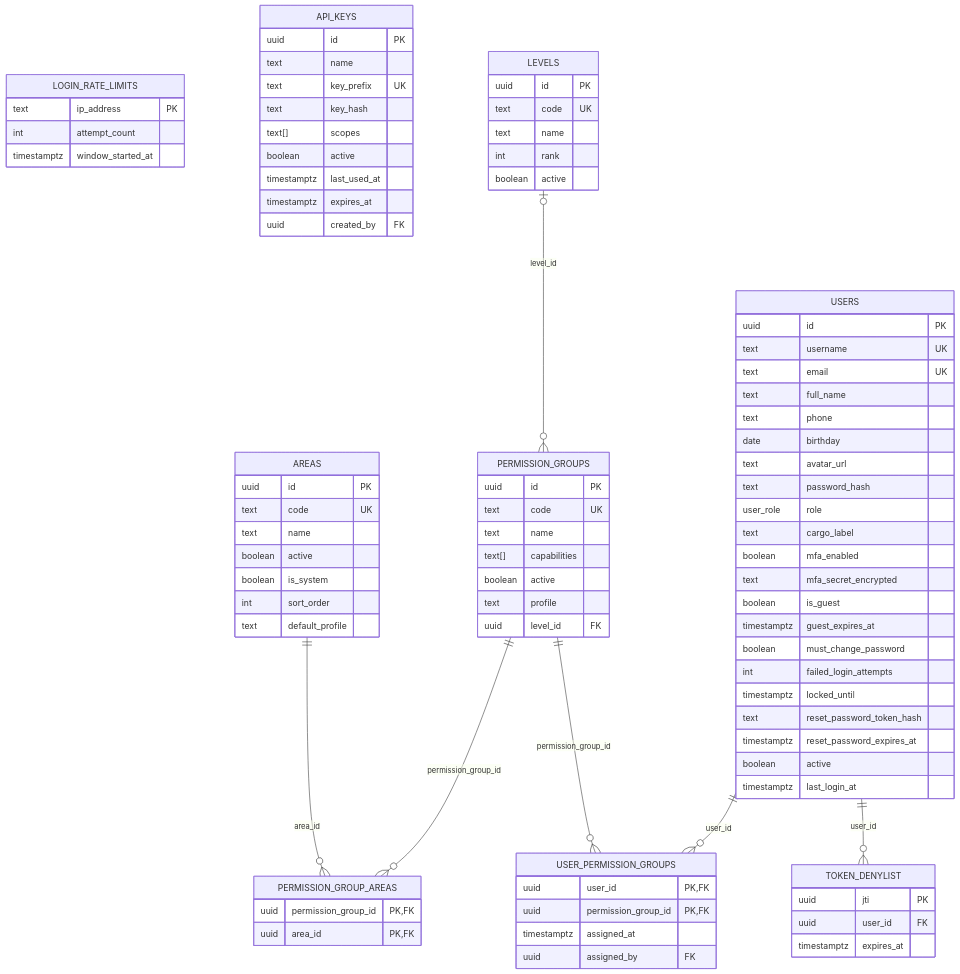
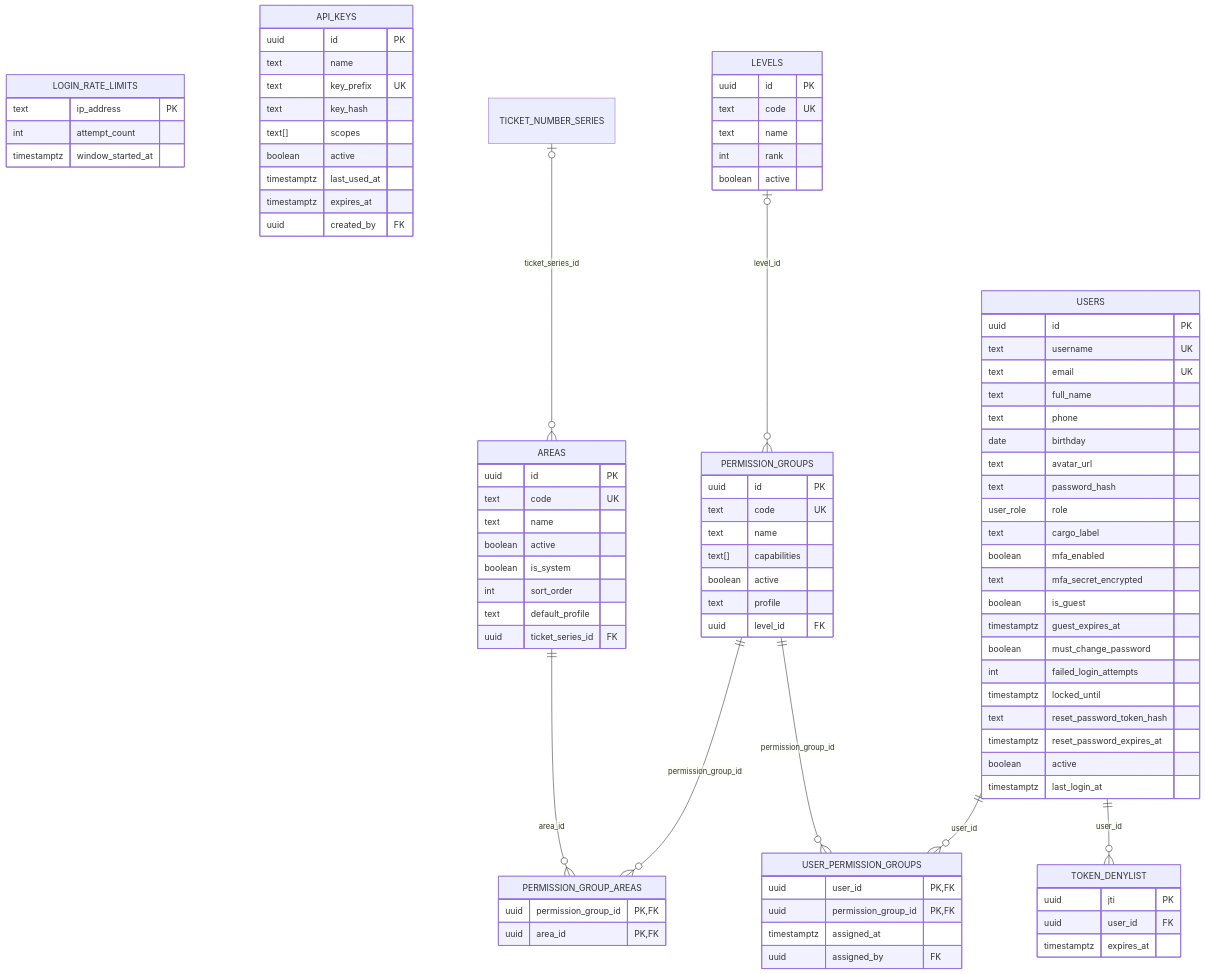
Before and after one commit to athomo001/BitacoraSOC: the first of 15 diagrams in docs/modelo-de-datos.md, drawn with Mermaid. The commit also changed other lines of this file and 197 other files, not shown here.

````diff
--- a/docs/modelo-de-datos.md
+++ b/docs/modelo-de-datos.md
@@ -102,6 +102,7 @@
         boolean is_system
         int sort_order
         text default_profile
+        uuid ticket_series_id FK
     }
     LEVELS {
         uuid id PK
@@ -121,6 +122,7 @@
     LEVELS |o--o{ PERMISSION_GROUPS : "level_id"
     PERMISSION_GROUPS ||--o{ PERMISSION_GROUP_AREAS : "permission_group_id"
     PERMISSION_GROUPS ||--o{ USER_PERMISSION_GROUPS : "permission_group_id"
+    TICKET_NUMBER_SERIES |o--o{ AREAS : "ticket_series_id"
     USERS ||--o{ TOKEN_DENYLIST : "user_id"
     USERS ||--o{ USER_PERMISSION_GROUPS : "user_id"
 ```
````
